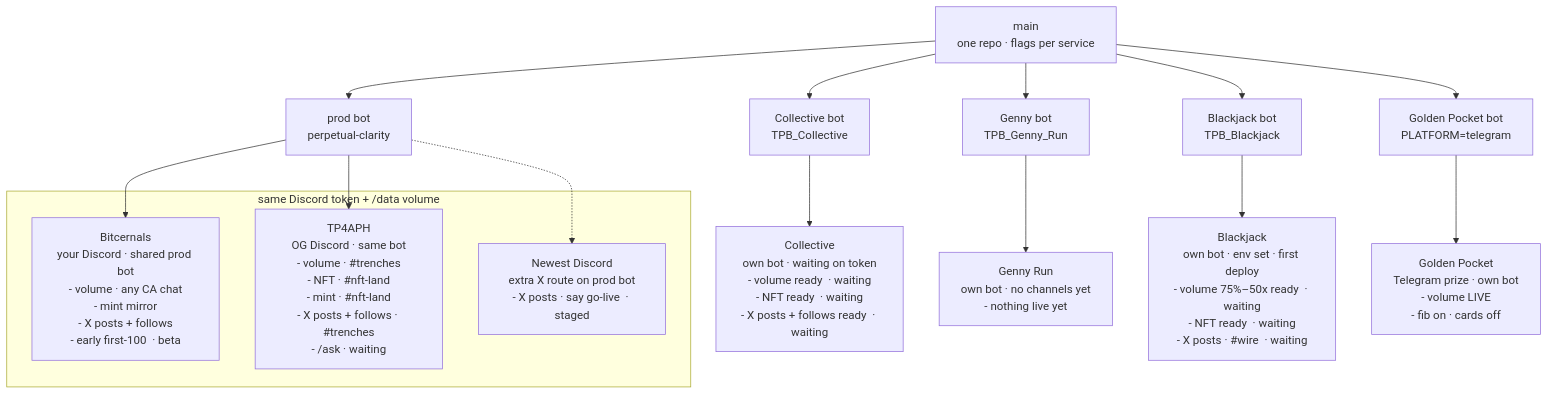
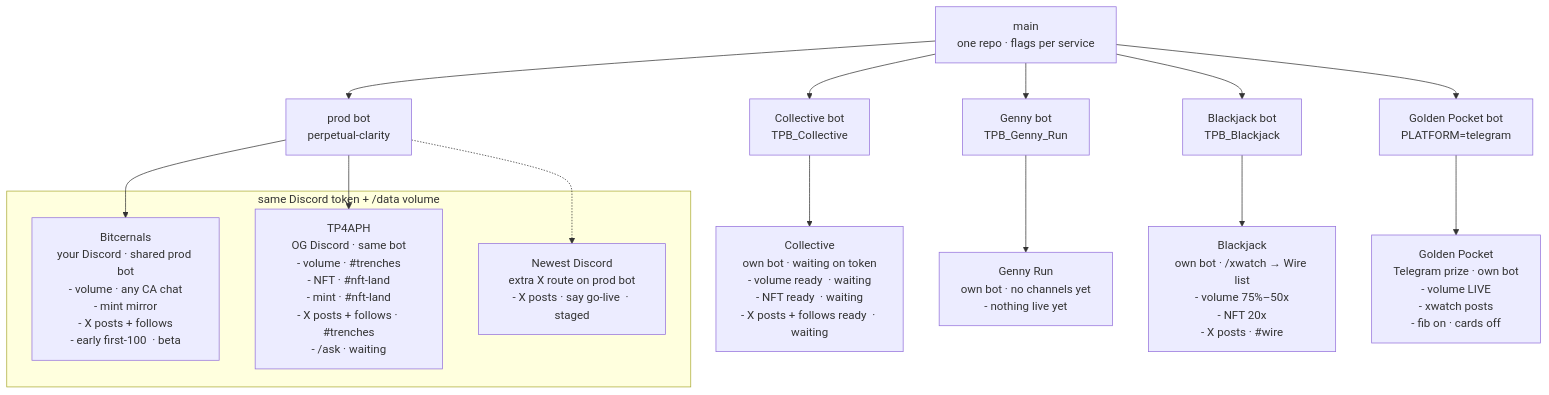
One commit to enstest1/take_profits_profit_bot changed the second of 3 diagrams in docs/ARCHITECTURE.md. Above: the diagram before and after it, drawn with Mermaid. The commit also changed 14 other files, not shown here.

First line of the commit message:
feat(tg): Golden Pocket /xwatch with the same per-account pings as Discord

````diff
--- a/docs/ARCHITECTURE.md
+++ b/docs/ARCHITECTURE.md
@@ -72,33 +72,33 @@
 ```mermaid
 flowchart TB
   git["main<br/>one repo · flags per service"]
   prod["prod bot<br/>perpetual-clarity"]
   collBot["Collective bot<br/>TPB_Collective"]
   gennyBot["Genny bot<br/>TPB_Genny_Run"]
   bjBot["Blackjack bot<br/>TPB_Blackjack"]
   gpBot["Golden Pocket bot<br/>PLATFORM=telegram"]
   personal["Bitcernals<br/>your Discord · shared prod bot<br/>- volume · any CA chat<br/>- mint mirror<br/>- X posts + follows<br/>- early first-100  · beta"]
   tp4aph["TP4APH<br/>OG Discord · same bot<br/>- volume · #trenches<br/>- NFT · #nft-land<br/>- mint · #nft-land<br/>- X posts + follows · #trenches<br/>- /ask · waiting"]
   newest["Newest Discord<br/>extra X route on prod bot<br/>- X posts · say go-live  · staged"]
   collective["Collective<br/>own bot · waiting on token<br/>- volume ready  · waiting<br/>- NFT ready  · waiting<br/>- X posts + follows ready  · waiting"]
   genny["Genny Run<br/>own bot · no channels yet<br/>- nothing live yet"]
-  blackjack["Blackjack<br/>own bot · env set · first deploy<br/>- volume 75%–50x ready  · waiting<br/>- NFT ready  · waiting<br/>- X posts · #wire  · waiting"]
-  golden["Golden Pocket<br/>Telegram prize · own bot<br/>- volume LIVE<br/>- fib on · cards off"]
+  blackjack["Blackjack<br/>own bot · /xwatch → Wire list<br/>- volume 75%–50x<br/>- NFT 20x<br/>- X posts · #wire"]
+  golden["Golden Pocket<br/>Telegram prize · own bot<br/>- volume LIVE<br/>- xwatch posts<br/>- fib on · cards off"]
   git --> prod
   git --> collBot
   git --> gennyBot
   git --> bjBot
   git --> gpBot
   subgraph shared["same Discord token + /data volume"]
     personal
     tp4aph
     newest
   end
   prod --> personal
   prod --> tp4aph
   prod -.-> newest
   collBot --> collective
   gennyBot --> genny
   bjBot --> blackjack
   gpBot --> golden
 ```
````
